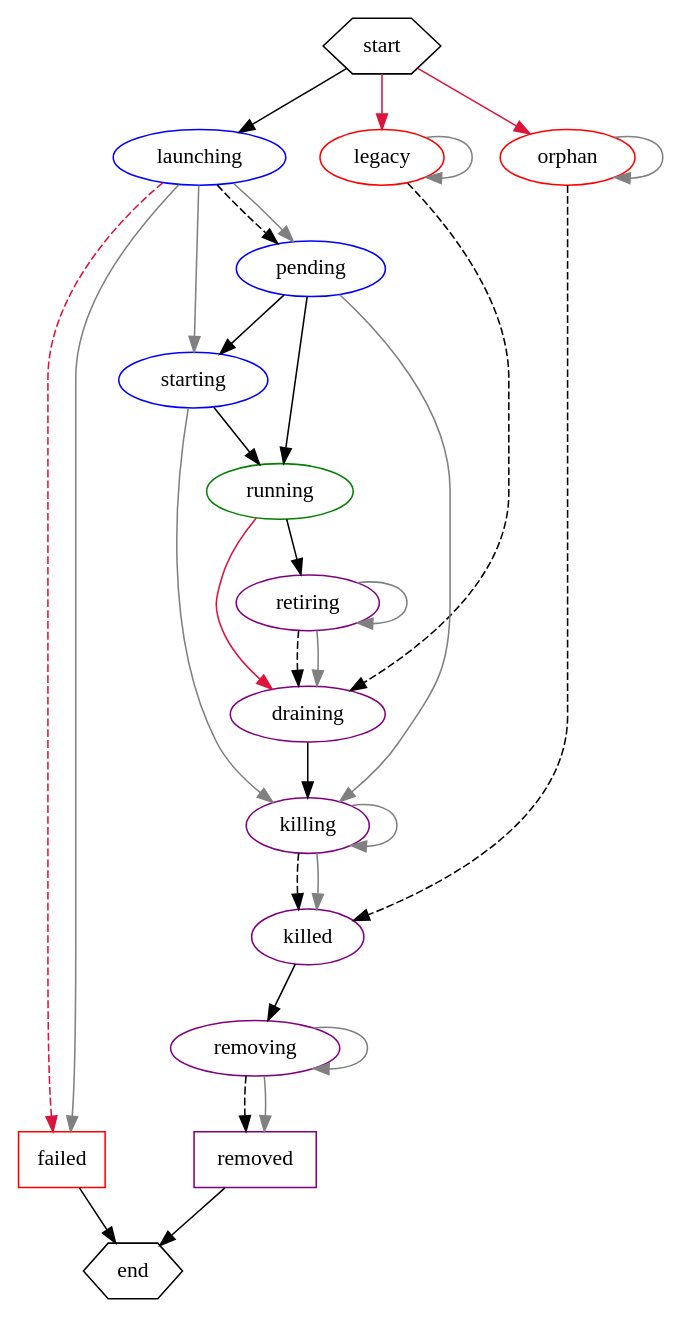
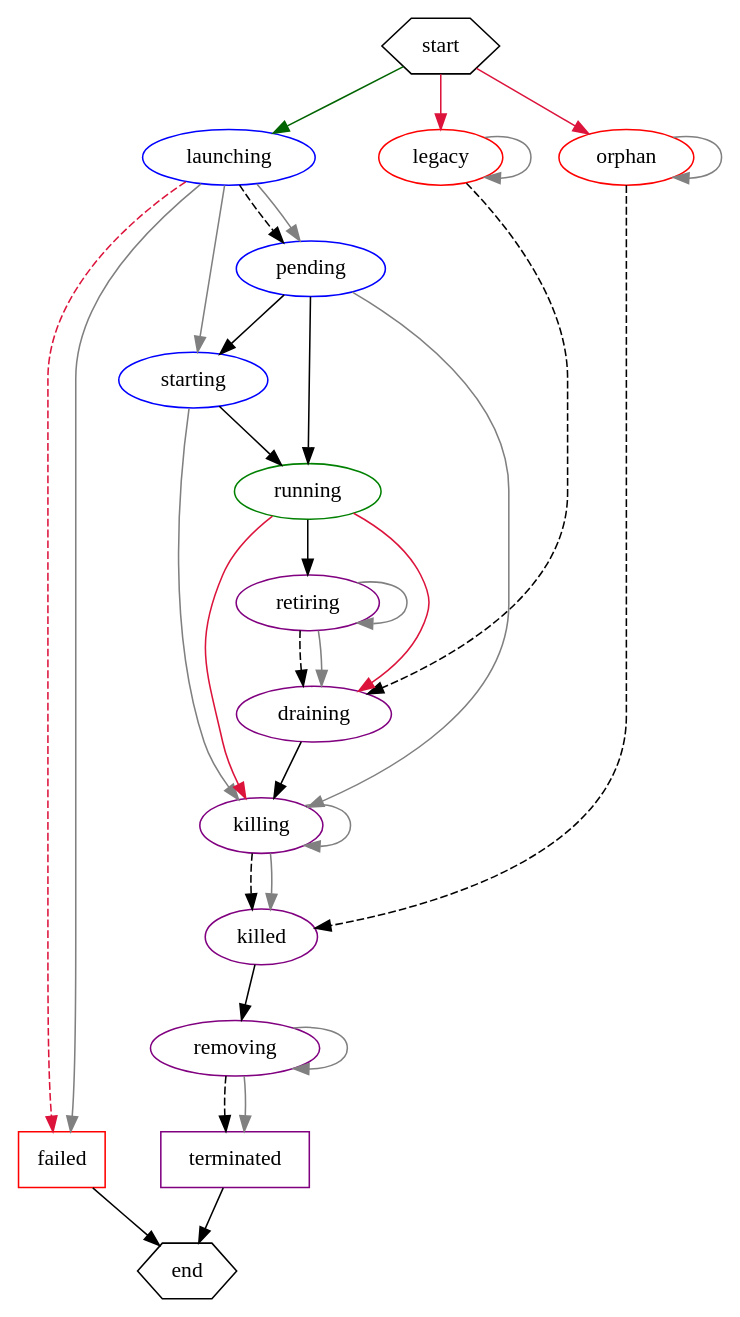
The diagram in doc/agent-states.dot (amperity/gocd-aurora-elastic-agent), drawn with Graphviz before and after one commit. The commit also changed 1 other file, not shown here.

Commit message:
WIP on agent scheduler rewrite.

```diff
--- a/doc/agent-states.dot
+++ b/doc/agent-states.dot
@@ -1,101 +1,103 @@
 // GoCD elastic agent state model.
 //
 // Each of the state changes here is driven by some event.
 // There are three possible sources of events in the system:
 // - create-agent plugin API
 // - server-ping plugin API
 // - future callback in response to another event
 //
 // The create-agent call is only involved in one state transition; to
 // distinguish between the other two cases, a _solid line_ indicates a
 // transition in response to the server-ping info, while a _dashed line_ is
 // an async transition after a future. Happy-path transitions are black,
 // while errors are crimson.
 //
 // Keep in mind that the server-ping events might observe an agent in _any_
 // state, so should have sensible behaviors for all of them.
 //
 // For nodes, the start/end hexagons represent the initial non-existence
 // state and the final removal of the agent's state, respectively. Terminal
 // states are boxes.
+
 digraph agent_states {
   node [shape=ellipse];
 
   // Special
   start [shape=hexagon,tooltip="Initial non-existence of the agent state."];
   end [shape=hexagon,tooltip="Final removal of the agent state from the scheduler."];
 
   // Initial States
   {
     rank = same;
     launching [color=blue,tooltip="Agent job is being created in Aurora."];
     legacy [color=red,tooltip="Agent is registered in GoCD but has no scheduler state."];
     orphan [color=red,tooltip="Agent job is active in Aurora but has no scheduler state."];
   }
 
   // Launch states
   node [color=blue];
   pending [tooltip="Job created in Aurora, waiting for agent to start."];
   starting [tooltip="Job is active in Aurora, waiting for agent registration with GoCD."];
 
   // Main state
   node [color=green];
   running [tooltip="Primary healthy state"];
 
   // Shutdown states
   node [color=purple];
   retiring [tooltip="Agent has been idle for a while and should be retired from service."];
   draining [tooltip="Agent is disabled in GoCD and awaiting quiescence."];
   killing [tooltip="The agent job is being killed in Aurora if it is active."];
   killed [tooltip="The agent job has been killed. Wait for confirmation from Aurora."];
   removing [tooltip="The agent is being unregistered from the GoCD server."];
 
   // Terminal States
   {
     rank = same;
-    removed [color=purple,shape=box,tooltip="Agent is fully retired. State is kept briefly for historical purposes."];
+    terminated [color=purple,shape=box,tooltip="Agent is fully retired. State is kept briefly for historical purposes."];
     failed [color=red,shape=box,tooltip="Agent job failed to launch."];
   }
 
   // Launch transitions
-  start -> launching [tooltip="Scheduler decides to launch a new agent in response to a create-agent API call. Start a future to create the job in Aurora."];
+  start -> launching [color=darkgreen,tooltip="Scheduler decides to launch a new agent in response to a create-agent API call. Start a future to create the job in Aurora."];
   launching -> pending [style=dashed,tooltip="Job created successfully in Aurora."];
   pending -> starting [tooltip="Saw active job in Aurora."];
   pending -> running [tooltip="Saw agent registered in GoCD server."];
   starting -> running [tooltip="Saw agent registered in GoCD server."];
 
   // Retirement transitions
   running -> retiring [tooltip="Idle agent scheduled for retirement. Start a future to disable the agent in GoCD."];
   retiring -> draining [style=dashed,tooltip="Agent disabled successfully in GoCD."];
   draining -> killing [tooltip="GoCD reports the disabled agent is idle. Start a future to kill the agent job in Aurora."];
   killing -> killed [style=dashed,tooltip="Aurora job killed successfully."];
   killed -> removing [tooltip="Aurora job reports it is no longer active. Start a future to remove the agent from GoCD."];
-  removing -> removed [style=dashed,tooltip="Agent removed from GoCD successfully."];
-  removed -> end [tooltip="Remove the agent from the scheduler state after a short TTL."];
+  removing -> terminated [style=dashed,tooltip="Agent removed from GoCD successfully."];
+  terminated -> end [tooltip="Remove the agent from the scheduler state after a short TTL."];
 
   // Abnormal transitions
   start -> legacy [color=crimson,tooltip="Saw agent registered in GoCD but no corresponding state. Start a future to disable the agent in GoCD."];
   legacy -> draining [style=dashed,tooltip="Agent disabled successfully in GoCD."];
   start -> orphan [color=crimson,tooltip="Saw active Aurora job without state. Start a future to kill the agent."];
   orphan -> killed [style=dashed,tooltip="Aurora job killed successfully."];
   launching -> failed [color=crimson,style=dashed,tooltip="Launching the Aurora agent job failed."];
   failed -> end [tooltip="Remove the agent from the scheduler state after a short TTL."];
   running -> draining [color=crimson,tooltip="Agent externally disabled in GoCD."];
+  running -> killing [color=crimson,tooltip="Agent missing or lost-contact in GoCD."];
 
   // Timeout transitions
-  edge [color=grey,style=solid];
+  edge [color=grey];
   orphan -> orphan [tooltip="Failed to kill agent; retry kill future after some timeout."];
   legacy -> legacy [tooltip="Failed to disable agent; retry disable future after some timeout."];
   pending -> killing [tooltip="Agent became stale while waiting to launch."];
   starting -> killing [tooltip="Agent became stale while waiting to launch."];
   launching -> failed [tooltip="Agent timed out while awaiting launch."];
   launching -> pending [tooltip="Saw pending job in Aurora."];
   launching -> starting [tooltip="Saw active job in Aurora."];
   retiring -> retiring [tooltip="Retry disable future after some timeout."];
   retiring -> draining [tooltip="Saw agent disabled in GoCD."];
   killing -> killing [tooltip="Retry killing the job after some timeout."];
   killing -> killed [tooltip="Saw inactive job in Aurora."];
   removing -> removing [tooltip="Retry agent removal after some timeout."];
-  removing -> removed [tooltip="Saw unregistered agent in GoCD."];
+  removing -> terminated [tooltip="Saw unregistered agent in GoCD."];
 
 }
```
